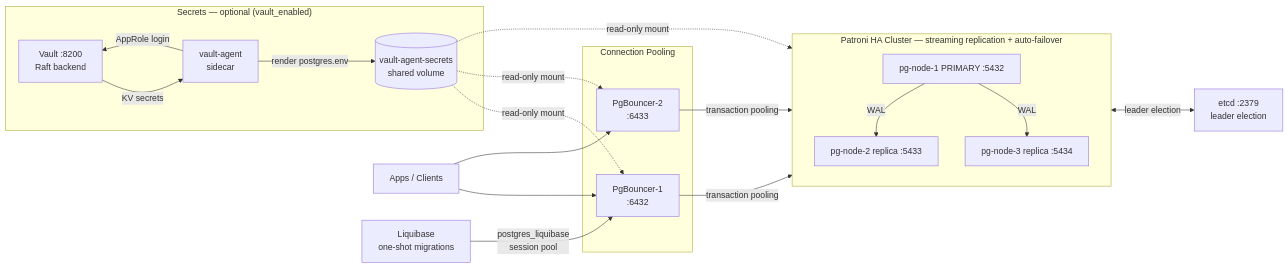
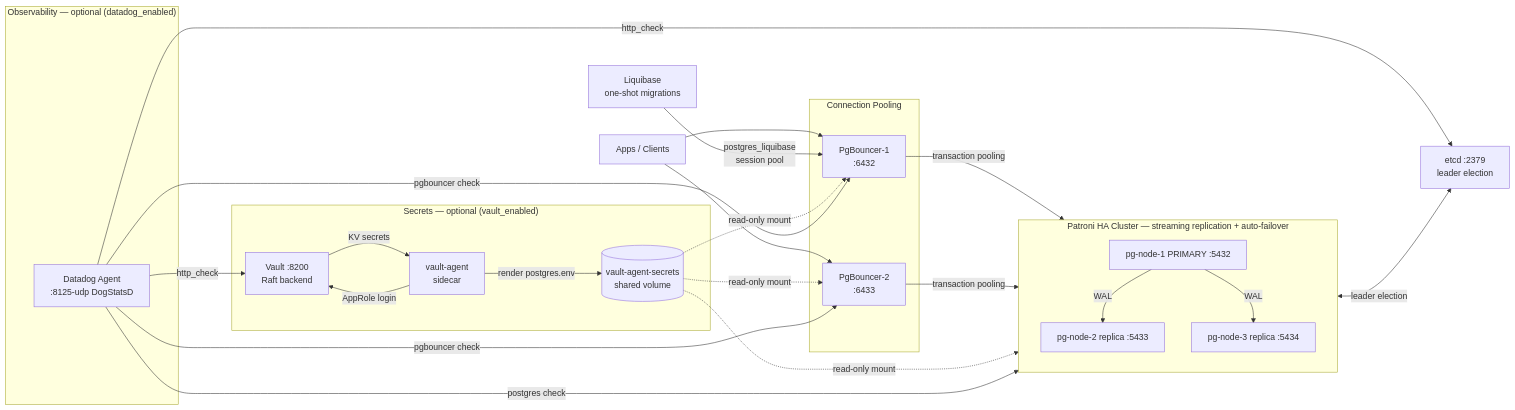
One commit to venkatajangala/terraform-docker-container-postgres changed the diagram in CLAUDE.md. Above: the diagram before and after it, drawn with Mermaid. The commit also changed other lines of this file and 13 other files, not shown here.

First line of the commit message:
feat(datadog): add Datadog Agent observability integration

````diff
--- a/CLAUDE.md
+++ b/CLAUDE.md
@@ -72,35 +92,42 @@
 ```mermaid
 graph LR
     APP["Apps / Clients"]
 
     subgraph POOL["Connection Pooling"]
         PGB1["PgBouncer-1\n:6432"]
         PGB2["PgBouncer-2\n:6433"]
     end
 
     subgraph PGHA["Patroni HA Cluster — streaming replication + auto-failover"]
         PG1["pg-node-1 PRIMARY :5432"]
         PG2["pg-node-2 replica  :5433"]
         PG3["pg-node-3 replica  :5434"]
     end
 
     ETCD["etcd :2379\nleader election"]
     LB["Liquibase\none-shot migrations"]
 
     subgraph SECRETS["Secrets — optional (vault_enabled)"]
         VAULT["Vault :8200\nRaft backend"]
         AGENT["vault-agent\nsidecar"]
         SVOL[("vault-agent-secrets\nshared volume")]
     end
 
+    subgraph OBS["Observability — optional (datadog_enabled)"]
+        DD["Datadog Agent\n:8125-udp DogStatsD"]
+    end
+
     APP --> PGB1 & PGB2
     PGB1 & PGB2 -->|transaction pooling| PGHA
     PG1 -->|WAL| PG2 & PG3
     PGHA <-->|leader election| ETCD
     LB -->|postgres_liquibase\nsession pool| PGB1
     AGENT -->|AppRole login| VAULT
     VAULT -->|KV secrets| AGENT
     AGENT -->|render postgres.env| SVOL
     SVOL -. "read-only mount" .-> PGHA
     SVOL -. "read-only mount" .-> PGB1 & PGB2
+    DD -->|postgres check| PGHA
+    DD -->|pgbouncer check| PGB1 & PGB2
+    DD -->|http_check| ETCD & VAULT
 ```
````
